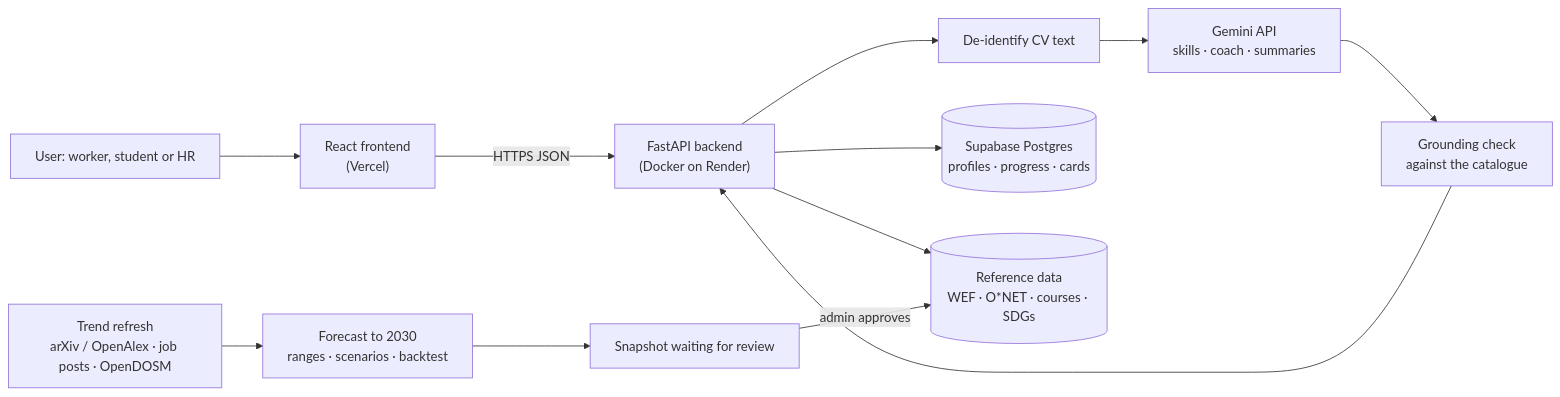
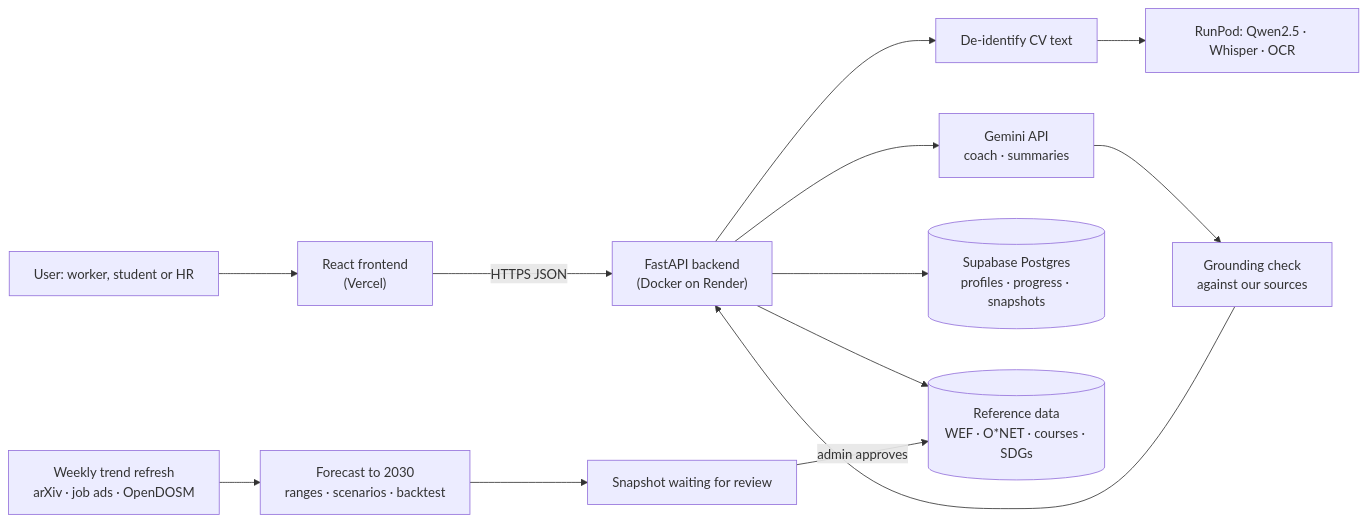
One commit to tanhongsheng050204-code/SDC-HACKATHON-2026---MADE-IN-UTM changed the diagram in docs/submission/SDC2026_MadeInUTM_Preliminary.md. Above: the diagram before and after it, drawn with Mermaid. The commit also changed other lines of this file and 5 other files, not shown here.

````diff
--- a/docs/submission/SDC2026_MadeInUTM_Preliminary.md
+++ b/docs/submission/SDC2026_MadeInUTM_Preliminary.md
@@ -61,11 +61,12 @@
 ```mermaid
 flowchart LR
     U["User: worker, student or HR"] --> FE["React frontend<br/>(Vercel)"]
     FE -->|HTTPS JSON| API["FastAPI backend<br/>(Docker on Render)"]
-    API --> DEID["De-identify CV text"] --> LLM["Gemini API<br/>skills · coach · summaries"]
-    API --> DB[("Supabase Postgres<br/>profiles · progress · cards")]
+    API --> DEID["De-identify CV text"] --> RP["RunPod: Qwen2.5 · Whisper · OCR"]
+    API --> LLM["Gemini API<br/>coach · summaries"]
+    API --> DB[("Supabase Postgres<br/>profiles · progress · snapshots")]
     API --> REF[("Reference data<br/>WEF · O*NET · courses · SDGs")]
-    PIPE["Trend refresh<br/>arXiv / OpenAlex · job posts · OpenDOSM"] --> FC["Forecast to 2030<br/>ranges · scenarios · backtest"] --> PEND["Snapshot waiting for review"]
+    PIPE["Weekly trend refresh<br/>arXiv · job ads · OpenDOSM"] --> FC["Forecast to 2030<br/>ranges · scenarios · backtest"] --> PEND["Snapshot waiting for review"]
     PEND -->|admin approves| REF
-    LLM --> GROUND["Grounding check<br/>against the catalogue"] --> API
+    LLM --> GROUND["Grounding check<br/>against our sources"] --> API
 ```
````
